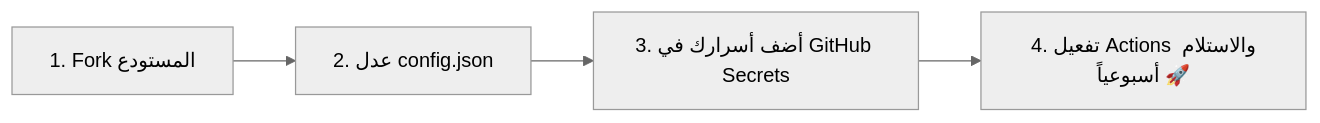
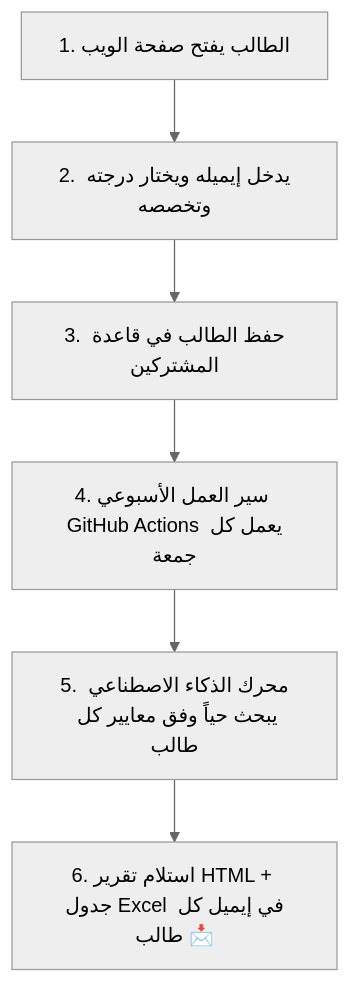
One commit to medozaiter/scholarship-automation changed the diagram in README.md. Above: the diagram before and after it, drawn with Mermaid (neutral theme). The commit also changed other lines of this file and 11 other files, not shown here.

````diff
--- a/README.md
+++ b/README.md
@@ -61,6 +82,8 @@
 ```mermaid
-flowchart LR
-    A["1. Fork المستودع"] --> B["2. عدل config.json"]
-    B --> C["3. أضف أسرارك في GitHub Secrets"]
-    C --> D["4. تفعيل Actions والاستلام أسبوعياً 🚀"]
+flowchart TD
+    A["1. الطالب يفتح صفحة الويب"] --> B["2. يدخل إيميله ويختار درجته وتخصصه"]
+    B --> C["3. حفظ الطالب في قاعدة المشتركين"]
+    C --> D["4. سير العمل الأسبوعي GitHub Actions يعمل كل جمعة"]
+    D --> E["5. محرك الذكاء الاصطناعي يبحث حياً وفق معايير كل طالب"]
+    E --> F["6. استلام تقرير HTML + جدول Excel في إيميل كل طالب 📩"]
 ```
````
